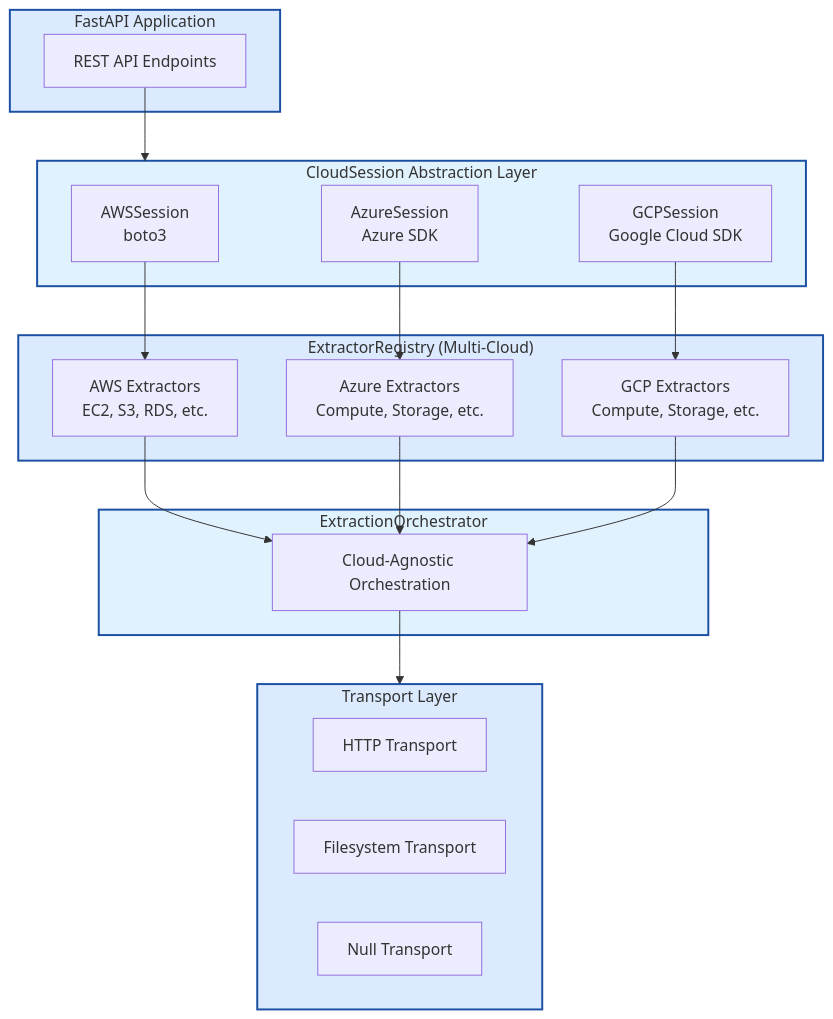
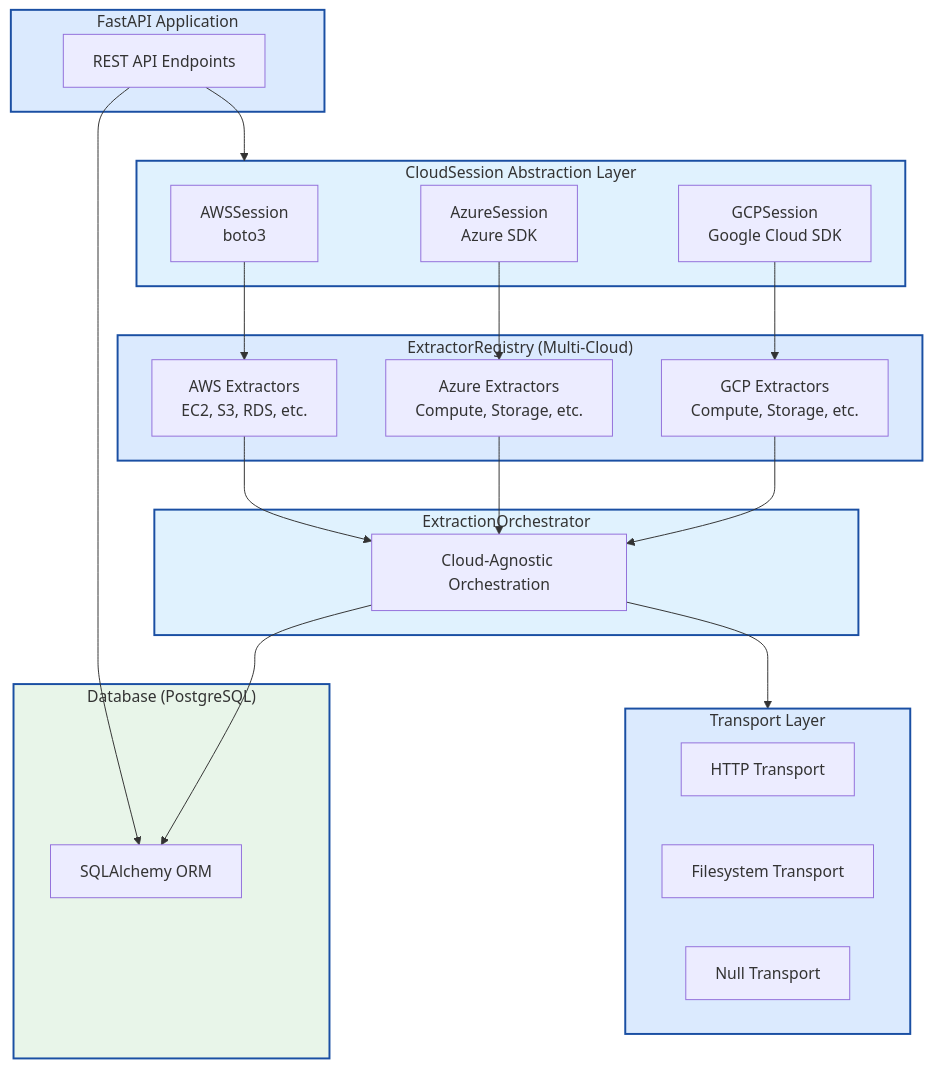
The first of 2 diagrams in docs/implementation-details.md (ramesh-pegasys/csp-scanner), drawn with Mermaid before and after one commit. The commit also changed other lines of this file and 162 other files, not shown here.

````diff
--- a/docs/implementation-details.md
+++ b/docs/implementation-details.md
@@ -17,43 +17,50 @@
 ```mermaid
 graph TB
     subgraph FastAPI["FastAPI Application"]
         API[REST API Endpoints]
     end
     
     subgraph CloudSession["CloudSession Abstraction Layer"]
         AWS[AWSSession<br/>boto3]
         Azure[AzureSession<br/>Azure SDK]
         GCP[GCPSession<br/>Google Cloud SDK]
     end
     
     subgraph Registry["ExtractorRegistry (Multi-Cloud)"]
         AWSE[AWS Extractors<br/>EC2, S3, RDS, etc.]
         AzureE[Azure Extractors<br/>Compute, Storage, etc.]
         GCPE[GCP Extractors<br/>Compute, Storage, etc.]
     end
     
     subgraph Orchestrator["ExtractionOrchestrator"]
         Orch[Cloud-Agnostic Orchestration]
     end
     
     subgraph Transport["Transport Layer"]
         HTTP[HTTP Transport]
         FS[Filesystem Transport]
         Null[Null Transport]
     end
+
+    subgraph Database["Database (PostgreSQL)"]
+        DB[SQLAlchemy ORM]
+    end
     
     API --> CloudSession
+    API --> DB
     AWS --> AWSE
     Azure --> AzureE
     GCP --> GCPE
     AWSE --> Orch
     AzureE --> Orch
     GCPE --> Orch
     Orch --> Transport
+    Orch --> DB
     
     style FastAPI fill:#dbeafe,stroke:#1a4fa3,stroke-width:2px
     style CloudSession fill:#e0f2fe,stroke:#1a4fa3,stroke-width:2px
     style Registry fill:#dbeafe,stroke:#1a4fa3,stroke-width:2px
     style Orchestrator fill:#e0f2fe,stroke:#1a4fa3,stroke-width:2px
     style Transport fill:#dbeafe,stroke:#1a4fa3,stroke-width:2px
+    style Database fill:#e8f5e9,stroke:#1a4fa3,stroke-width:2px
 ```
````
